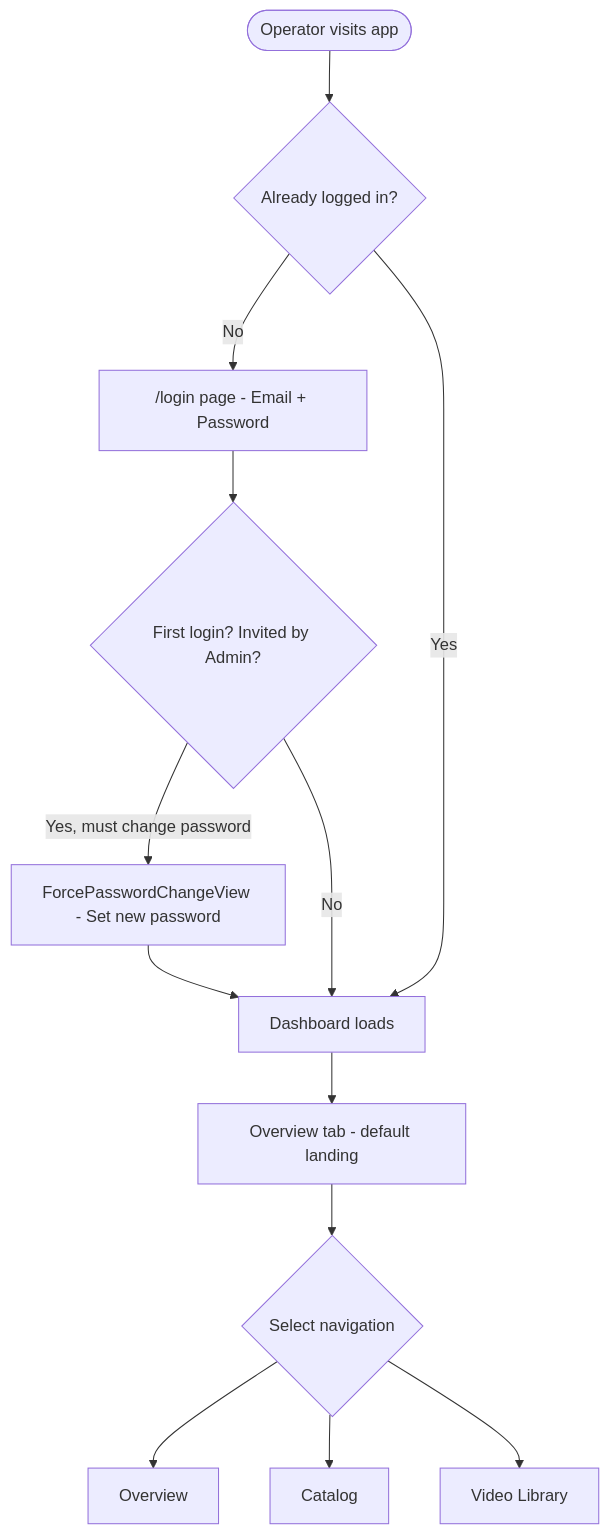
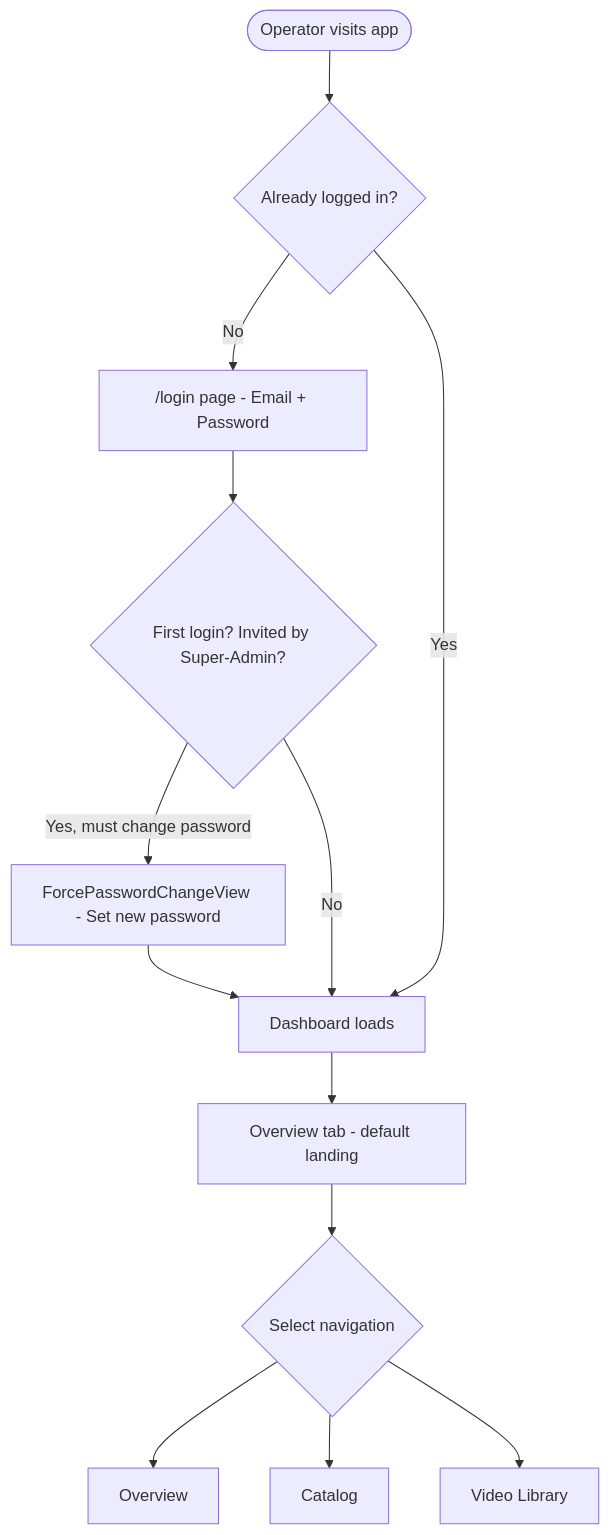
Before and after one commit to Lyduke56/BuckedUp-Dashboard-Lifewood: the first of 8 diagrams in role_workflows.md, drawn with Mermaid. The commit also changed other lines of this file and 2 other files, not shown here.

````diff
--- a/role_workflows.md
+++ b/role_workflows.md
@@ -66,15 +71,15 @@
 ```mermaid
 flowchart TD
     A([Operator visits app]) --> B{Already logged in?}
     B -- No --> C["/login page - Email + Password"]
-    C --> D{"First login? Invited by Admin?"}
+    C --> D{"First login? Invited by Super-Admin?"}
     D -- "Yes, must change password" --> E["ForcePasswordChangeView - Set new password"]
     E --> F[Dashboard loads]
     D -- No --> F
     B -- Yes --> F
     F --> G["Overview tab - default landing"]
     G --> H{Select navigation}
     H --> TAB1[Overview]
     H --> TAB2[Catalog]
     H --> TAB3[Video Library]
 ```
````
